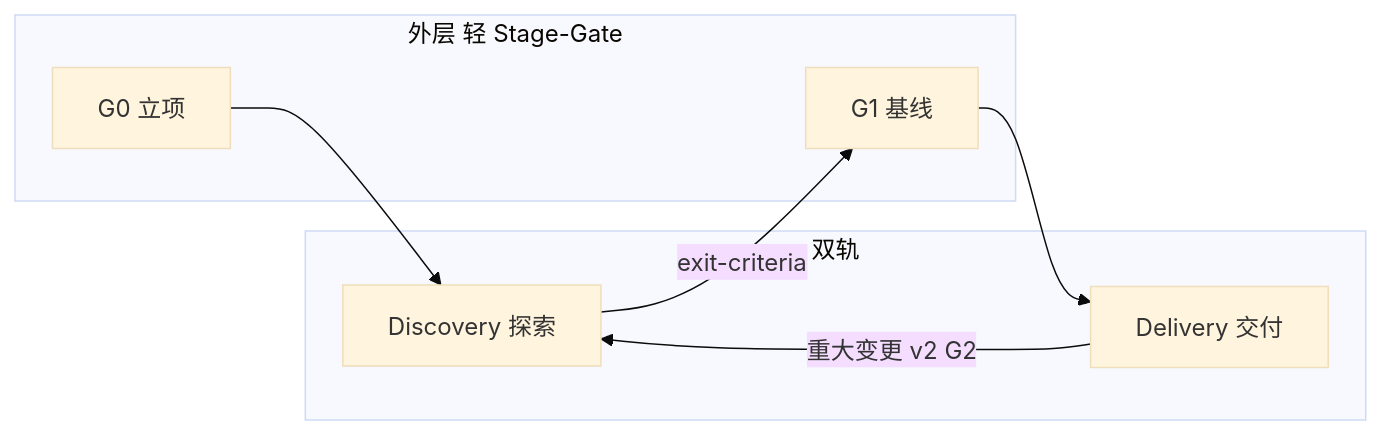
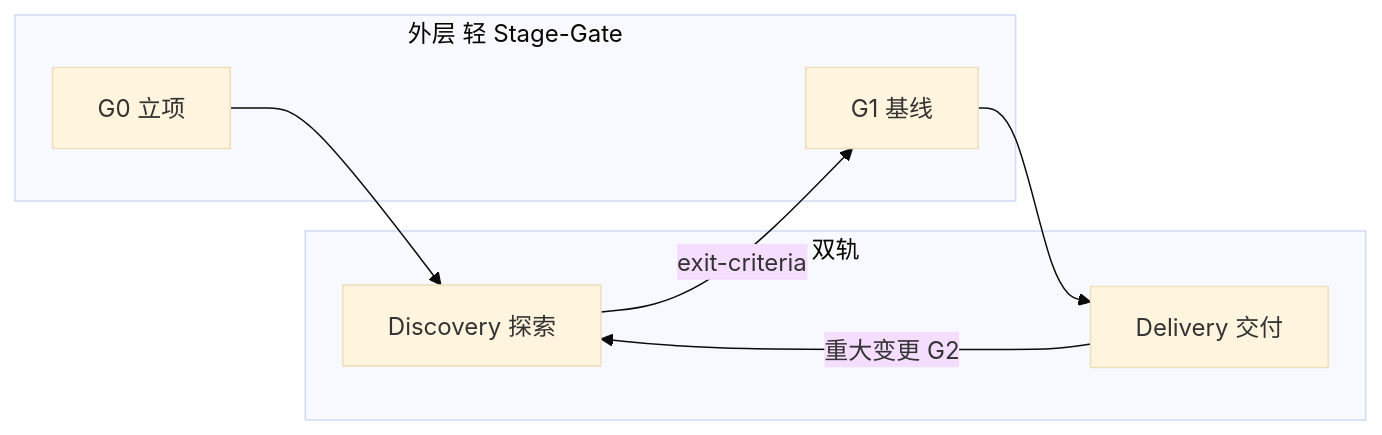
Before and after one commit to AColin130/Tenet: the diagram in README.md, drawn with Mermaid (base theme). The commit also changed 2 other files, not shown here.

Commit message:
docs: v1.4.0 Release 说明与流程图笔误修正

````diff
--- a/README.md
+++ b/README.md
@@ -209,15 +209,15 @@
 ```mermaid
 flowchart LR
   subgraph outer [外层 轻 Stage-Gate]
     G0[G0 立项]
     G1[G1 基线]
   end
   subgraph dual [双轨]
     D[Discovery 探索]
     V[Delivery 交付]
   end
   G0 --> D
   D -->|exit-criteria| G1
   G1 --> V
-  V -->|重大变更 v2 G2| D
+  V -->|重大变更 G2| D
 ```
````
